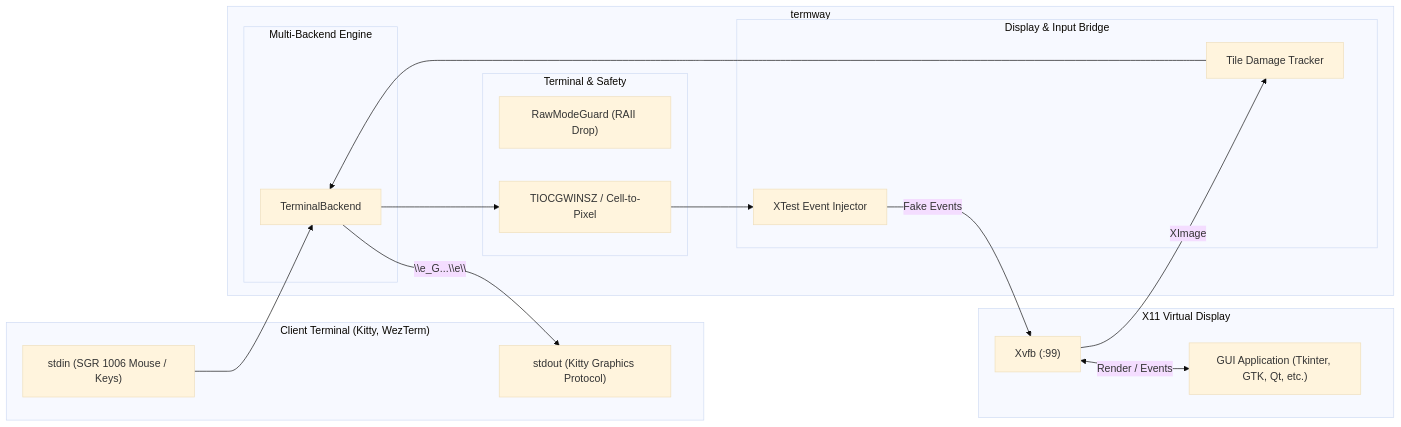
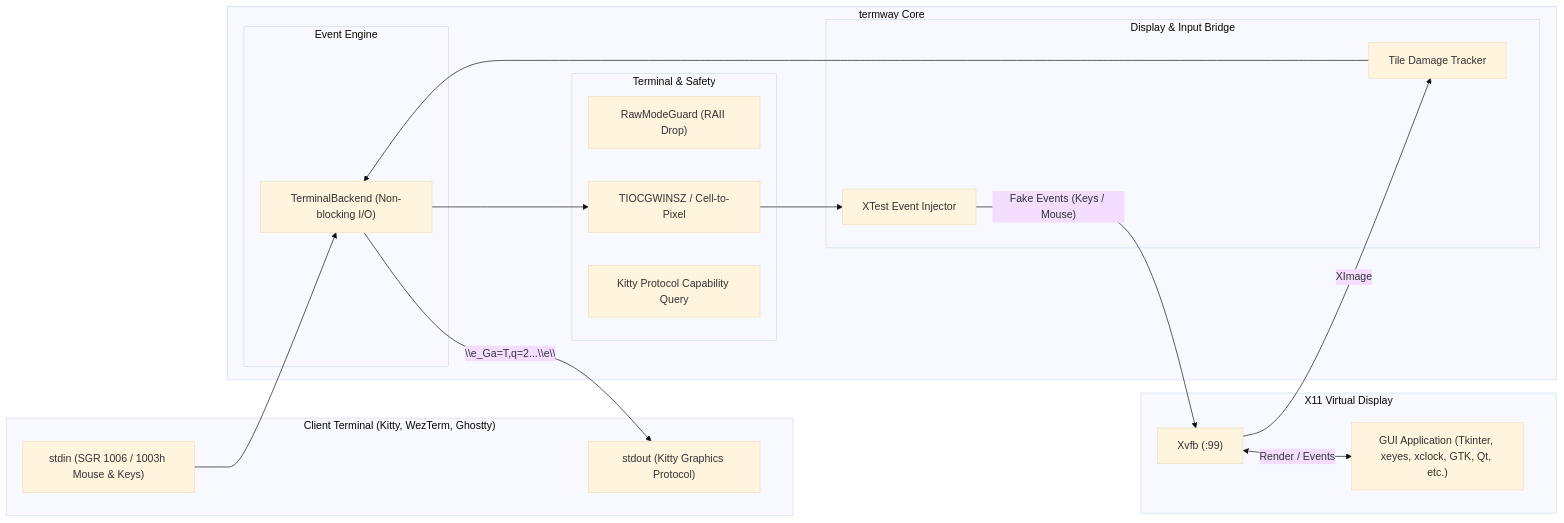
The diagram in README.md (totatake/termway), drawn with Mermaid (base theme) before and after one commit. The commit also changed other lines of this file and 2 other files, not shown here.

Commit message:
docs: synchronize V-model specifications, architecture, and README with latest implementation

````diff
--- a/README.md
+++ b/README.md
@@ -26,37 +26,38 @@
 ```mermaid
 flowchart LR
-    subgraph ClientTerminal["Client Terminal (Kitty, WezTerm)"]
-        TermIn["stdin (SGR 1006 Mouse / Keys)"]
+    subgraph ClientTerminal["Client Terminal (Kitty, WezTerm, Ghostty)"]
+        TermIn["stdin (SGR 1006 / 1003h Mouse & Keys)"]
         TermOut["stdout (Kitty Graphics Protocol)"]
     end
 
-    subgraph termway["termway"]
+    subgraph termway["termway Core"]
         subgraph TerminalLayer["Terminal & Safety"]
             RawGuard["RawModeGuard (RAII Drop)"]
             WinSize["TIOCGWINSZ / Cell-to-Pixel"]
+            Query["Kitty Protocol Capability Query"]
         end
 
-        subgraph BackendLayer["Multi-Backend Engine"]
-            TermBackend["TerminalBackend"]
+        subgraph EngineLayer["Event Engine"]
+            TermBackend["TerminalBackend (Non-blocking I/O)"]
         end
 
         subgraph DisplayInput["Display & Input Bridge"]
             Damage["Tile Damage Tracker"]
             XTest["XTest Event Injector"]
         end
     end
 
     subgraph X11["X11 Virtual Display"]
         Xvfb["Xvfb (:99)"]
-        App["GUI Application (Tkinter, GTK, Qt, etc.)"]
+        App["GUI Application (Tkinter, xeyes, xclock, GTK, Qt, etc.)"]
     end
 
     TermIn --> TermBackend
     TermBackend --> WinSize
     WinSize --> XTest
-    XTest -->|"Fake Events"| Xvfb
+    XTest -->|"Fake Events (Keys / Mouse)"| Xvfb
     Xvfb <-->|"Render / Events"| App
     Xvfb -->|"XImage"| Damage
     Damage --> TermBackend
-    TermBackend -->|"\\e_G...\\e\\"| TermOut
+    TermBackend -->|"\\e_Ga=T,q=2...\\e\\"| TermOut
 ```
````
